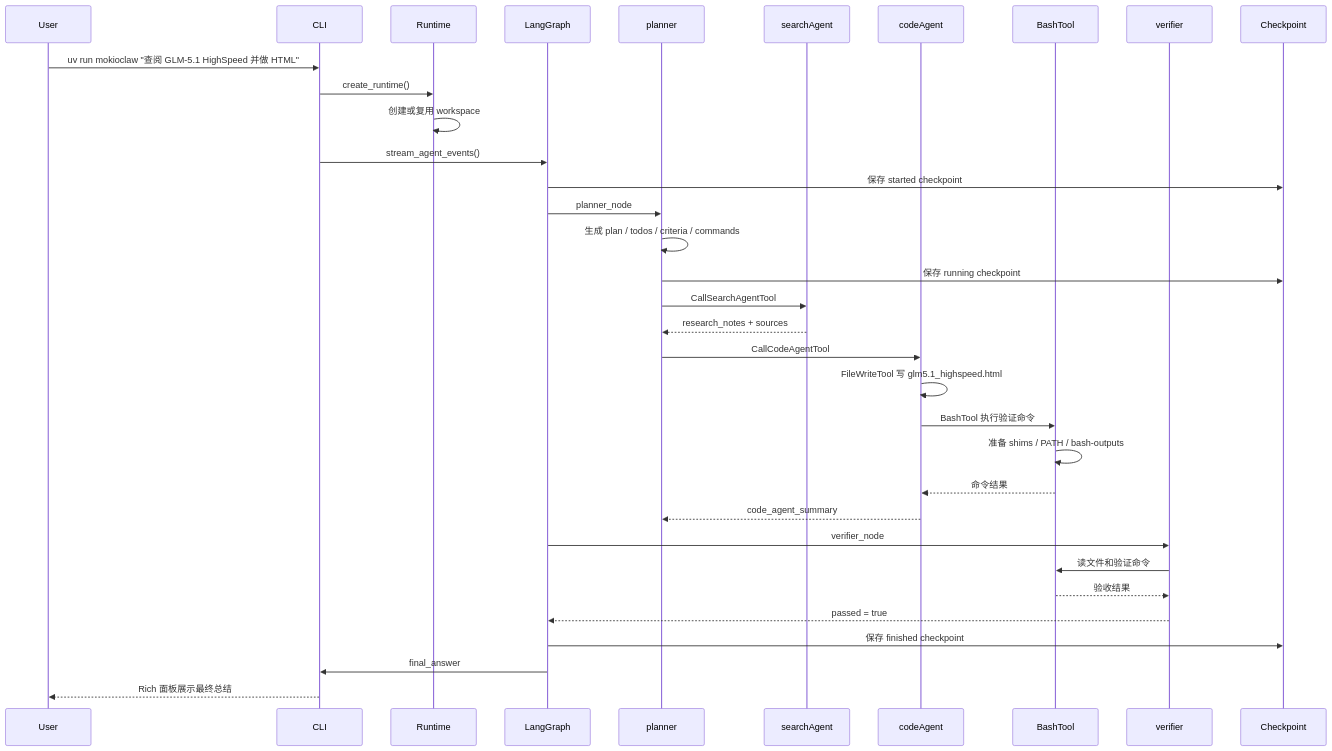
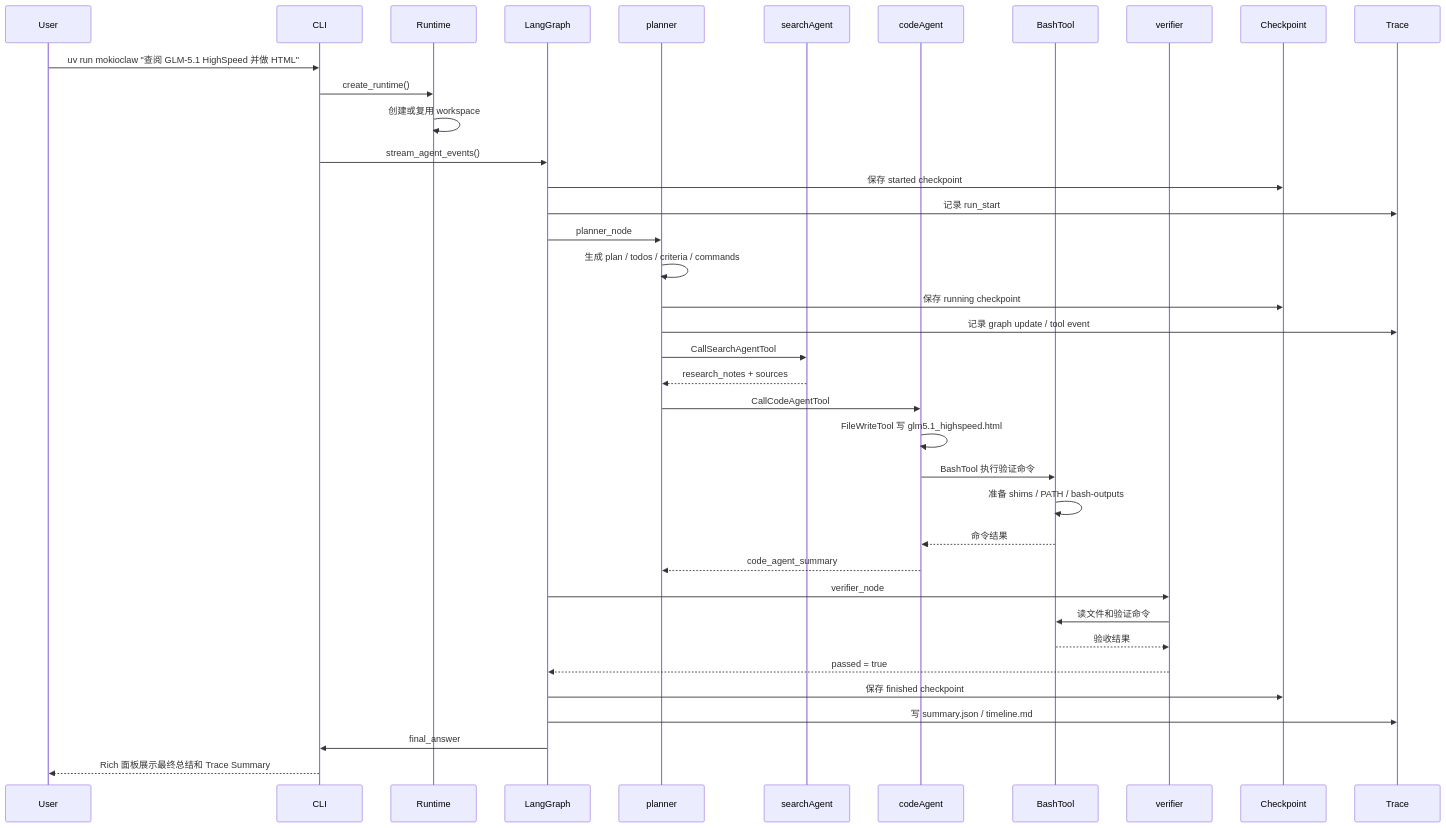
Before and after one commit to xjw2005/SiHuiFuRan-Agent: the second of 4 diagrams in docs/workspace-lifecycle.md, drawn with Mermaid. The commit also changed other lines of this file and 11 other files, not shown here.

````diff
--- a/docs/workspace-lifecycle.md
+++ b/docs/workspace-lifecycle.md
@@ -84,42 +91,46 @@
 ```mermaid
 sequenceDiagram
     participant U as User
     participant C as CLI
     participant R as Runtime
     participant G as LangGraph
     participant P as planner
     participant S as searchAgent
     participant A as codeAgent
     participant B as BashTool
     participant V as verifier
     participant K as Checkpoint
+    participant T as Trace
 
     U->>C: uv run mokioclaw "查阅 GLM-5.1 HighSpeed 并做 HTML"
     C->>R: create_runtime()
     R->>R: 创建或复用 workspace
     C->>G: stream_agent_events()
     G->>K: 保存 started checkpoint
+    G->>T: 记录 run_start
 
     G->>P: planner_node
     P->>P: 生成 plan / todos / criteria / commands
     P->>K: 保存 running checkpoint
+    P->>T: 记录 graph update / tool event
 
     P->>S: CallSearchAgentTool
     S-->>P: research_notes + sources
 
     P->>A: CallCodeAgentTool
     A->>A: FileWriteTool 写 glm5.1_highspeed.html
     A->>B: BashTool 执行验证命令
     B->>B: 准备 shims / PATH / bash-outputs
     B-->>A: 命令结果
     A-->>P: code_agent_summary
 
     G->>V: verifier_node
     V->>B: 读文件和验证命令
     B-->>V: 验收结果
     V-->>G: passed = true
 
     G->>K: 保存 finished checkpoint
+    G->>T: 写 summary.json / timeline.md
     G->>C: final_answer
-    C-->>U: Rich 面板展示最终总结
+    C-->>U: Rich 面板展示最终总结和 Trace Summary
 ```
````
